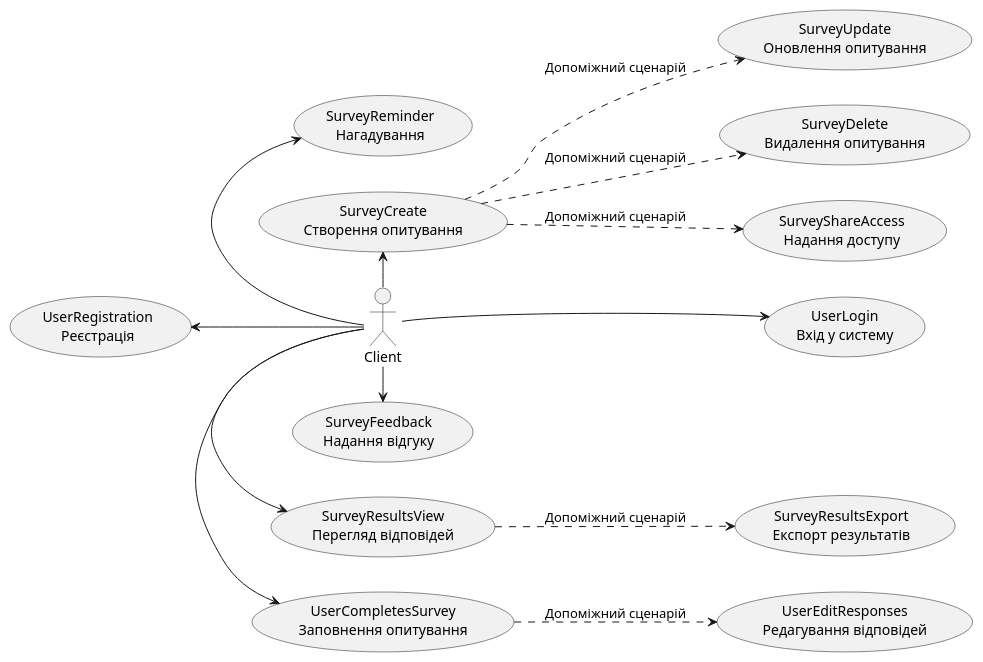
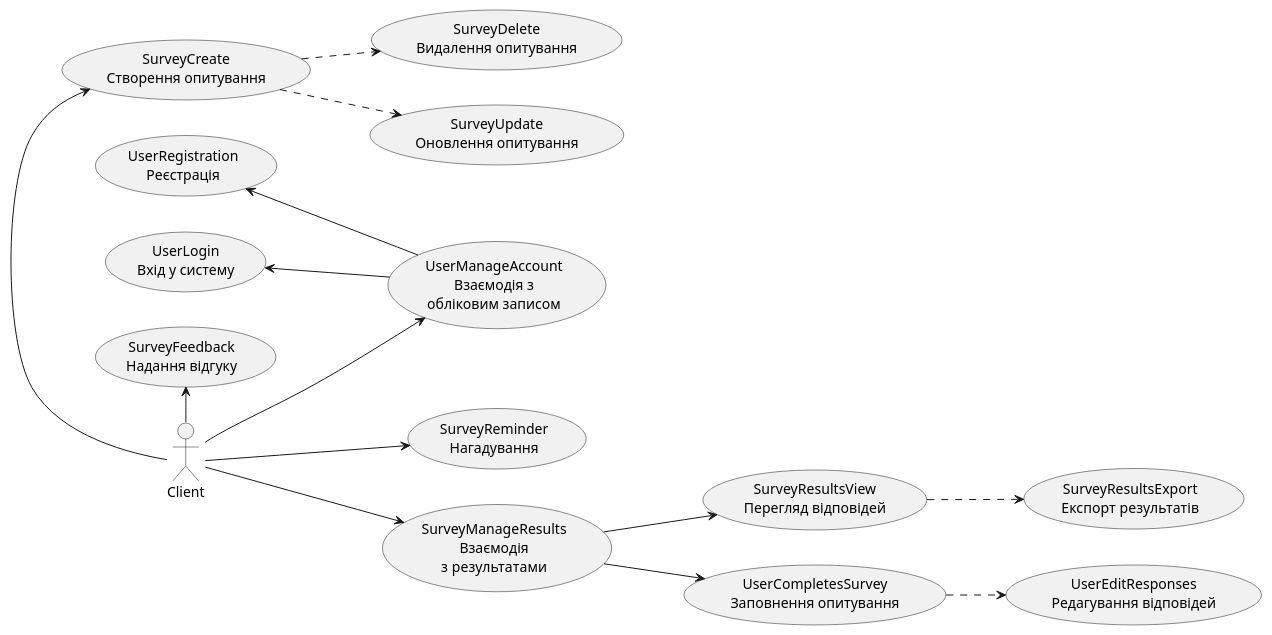
Before and after one commit to TockePie/db_labs: the second of 3 diagrams in docs/use cases/README.md, drawn with PlantUML. The commit also changed other lines of this file, not shown here.

Commit message:
#23 edit README.md

```diff
--- a/docs/use cases/README.md
+++ b/docs/use cases/README.md
@@ -47,40 +47,48 @@
 @startuml
 
     left to right direction
 
     actor Client
 
+    ' Група взаємодії з обліковим записом
+    usecase "UserManageAccount\nВзаємодія з\nобліковим записом" as UInteraction
     usecase "UserRegistration\nРеєстрація" as URegister
     usecase "UserLogin\nВхід у систему" as ULogin
 
+    UInteraction -u-> URegister
+    UInteraction -u-> ULogin
+
+    ' Група взаємодії з результатами
+    usecase "SurveyManageResults\nВзаємодія\nз результатами" as SResults
+    usecase "SurveyResultsView\nПерегляд відповідей" as SView
+    usecase "UserCompletesSurvey\nЗаповнення опитування" as SComplete
+
+    SResults -d-> SView
+    SResults -d-> SComplete
+
+    ' Інші сценарії роботи з опитуваннями
     usecase "SurveyCreate\nСтворення опитування" as SCreate
     usecase "SurveyUpdate\nОновлення опитування" as SUpdate
     usecase "SurveyDelete\nВидалення опитування" as SDelete
-    usecase "SurveyShareAccess\nНадання доступу" as SShare
     usecase "SurveyReminder\nНагадування" as SReminder
 
-    usecase "UserCompletesSurvey\nЗаповнення опитування" as SComplete
     usecase "UserEditResponses\nРедагування відповідей" as SEdit
-    usecase "SurveyResultsView\nПерегляд відповідей" as SView
     usecase "SurveyResultsExport\nЕкспорт результатів" as SExport
     usecase "SurveyFeedback\nНадання відгуку" as SFeedback
 
-    Client -[hidden]-> ULogin
+    Client -[hidden]-> UInteraction
 
-    Client -u-> URegister
-    Client -u-> ULogin
+    ' Зв'язки клієнта
+    Client -u-> UInteraction
+    Client -d-> SResults
+    Client -l-> SCreate
+    Client -d-> SReminder
+    Client -l-> SFeedback
 
-    Client -l-> SCreate
-    Client -l-> SReminder
-
-    Client -r-> SComplete
-    Client -r-> SView
-    Client -r-> SFeedback
-
-    SView ..> SExport : "Допоміжний сценарій"
-    SComplete ..> SEdit : "Допоміжний сценарій"
-    SCreate ..> SShare : "Допоміжний сценарій"
-    SCreate ..> SUpdate : "Допоміжний сценарій"
-    SCreate ..> SDelete : "Допоміжний сценарій"
+    ' Допоміжні сценарії
+    SView ..> SExport
+    SComplete ..> SEdit
+    SCreate ..> SUpdate
+    SCreate ..> SDelete
 
 @enduml
```
